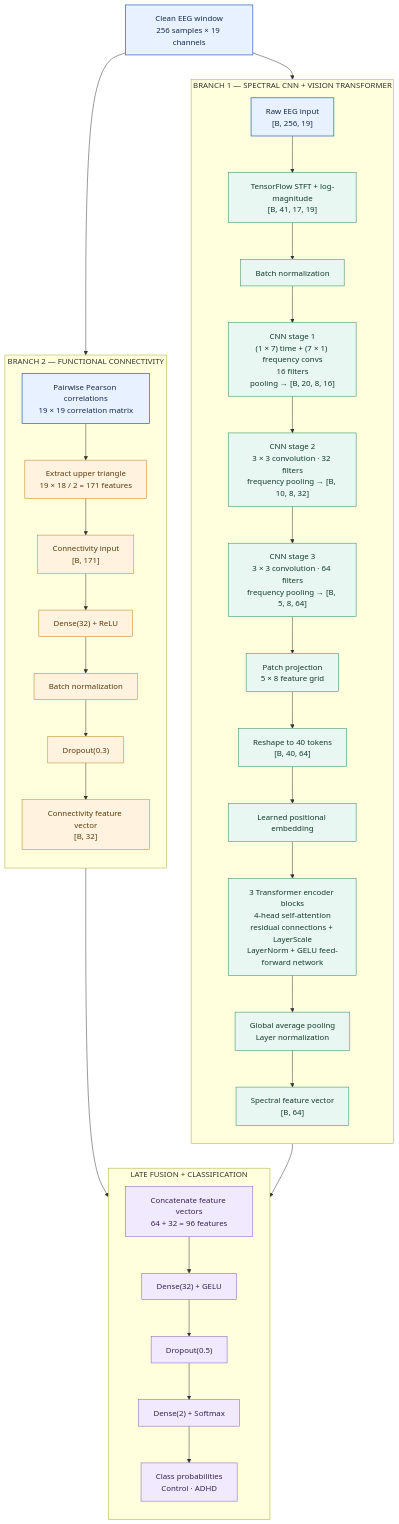
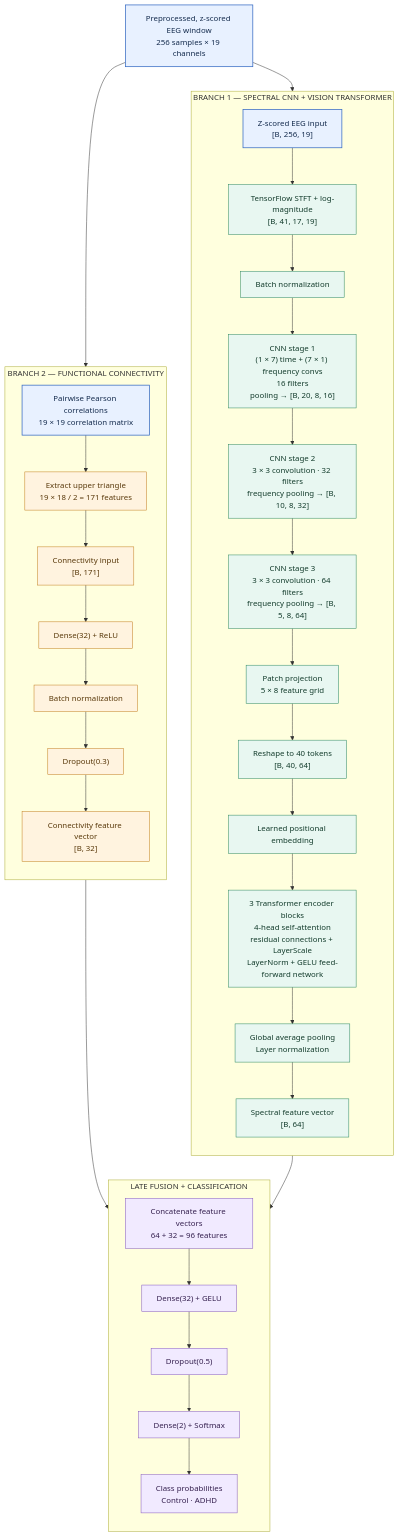
The diagram in README.md (RITESH2127/ADHD-DETECTION), drawn with Mermaid before and after one commit. The commit also changed other lines of this file, not shown here.

Commit message:
Clarify normalized EEG model input in README

````diff
--- a/README.md
+++ b/README.md
@@ -185,51 +185,51 @@
 ```mermaid
 flowchart TB
-    EEG["Clean EEG window<br/>256 samples × 19 channels"] 
+    EEG["Preprocessed, z-scored EEG window<br/>256 samples × 19 channels"] 
 
-    EEG --> RAW["Raw EEG input<br/>[B, 256, 19]"]
+    EEG --> RAW["Z-scored EEG input<br/>[B, 256, 19]"]
     EEG --> CORR["Pairwise Pearson correlations<br/>19 × 19 correlation matrix"]
 
     subgraph SPECTRAL["BRANCH 1 — SPECTRAL CNN + VISION TRANSFORMER"]
         direction TB
         RAW --> STFT["TensorFlow STFT + log-magnitude<br/>[B, 41, 17, 19]"]
         STFT --> BN0["Batch normalization"]
         BN0 --> CNN1["CNN stage 1<br/>(1 × 7) time + (7 × 1) frequency convs<br/>16 filters<br/>pooling → [B, 20, 8, 16]"]
         CNN1 --> CNN2["CNN stage 2<br/>3 × 3 convolution · 32 filters<br/>frequency pooling → [B, 10, 8, 32]"]
         CNN2 --> CNN3["CNN stage 3<br/>3 × 3 convolution · 64 filters<br/>frequency pooling → [B, 5, 8, 64]"]
         CNN3 --> PROJ["Patch projection<br/>5 × 8 feature grid"]
         PROJ --> TOKENS["Reshape to 40 tokens<br/>[B, 40, 64]"]
         TOKENS --> POS["Learned positional embedding"]
         POS --> VIT["3 Transformer encoder blocks<br/>4-head self-attention<br/>residual connections + LayerScale<br/>LayerNorm + GELU feed-forward network"]
         VIT --> POOL["Global average pooling<br/>Layer normalization"]
         POOL --> VF["Spectral feature vector<br/>[B, 64]"]
     end
 
     subgraph CONNECTIVITY["BRANCH 2 — FUNCTIONAL CONNECTIVITY"]
         direction TB
         CORR --> UPPER["Extract upper triangle<br/>19 × 18 / 2 = 171 features"]
         UPPER --> CIN["Connectivity input<br/>[B, 171]"]
         CIN --> CDENSE["Dense(32) + ReLU"]
         CDENSE --> CBN["Batch normalization"]
         CBN --> CDROP["Dropout(0.3)"]
         CDROP --> CF["Connectivity feature vector<br/>[B, 32]"]
     end
 
     subgraph CLASSIFIER["LATE FUSION + CLASSIFICATION"]
         direction TB
         VF --> CONCAT["Concatenate feature vectors<br/>64 + 32 = 96 features"]
         CF --> CONCAT
         CONCAT --> FCDENSE["Dense(32) + GELU"]
         FCDENSE --> FDROP["Dropout(0.5)"]
         FDROP --> OUT["Dense(2) + Softmax"]
         OUT --> PRED["Class probabilities<br/>Control · ADHD"]
     end
 
     classDef input fill:#e8f1ff,stroke:#356ac3,color:#142b4d,stroke-width:1.5px;
     classDef spectral fill:#e8f7f1,stroke:#25845d,color:#123b2b;
     classDef connectivity fill:#fff3df,stroke:#c17b19,color:#59390b;
     classDef fusion fill:#f1eaff,stroke:#8054bd,color:#35204f;
     class RAW,CORR,EEG input;
     class STFT,BN0,CNN1,CNN2,CNN3,PROJ,TOKENS,POS,VIT,POOL,VF spectral;
     class UPPER,CIN,CDENSE,CBN,CDROP,CF connectivity;
     class CONCAT,FCDENSE,FDROP,OUT,PRED fusion;
 ```
````
